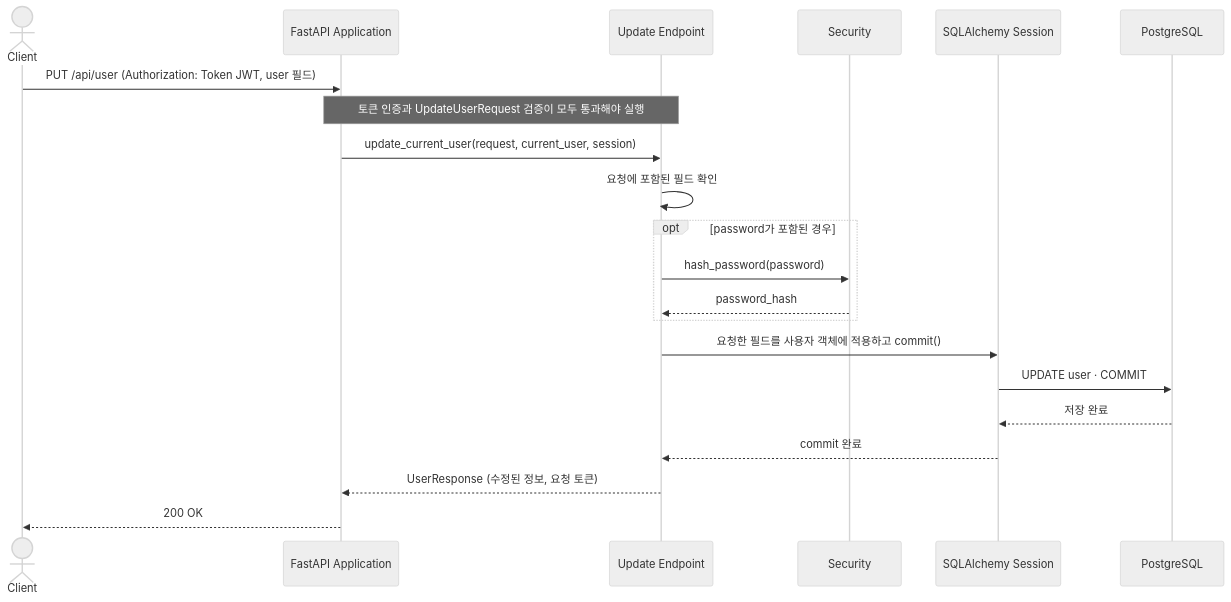
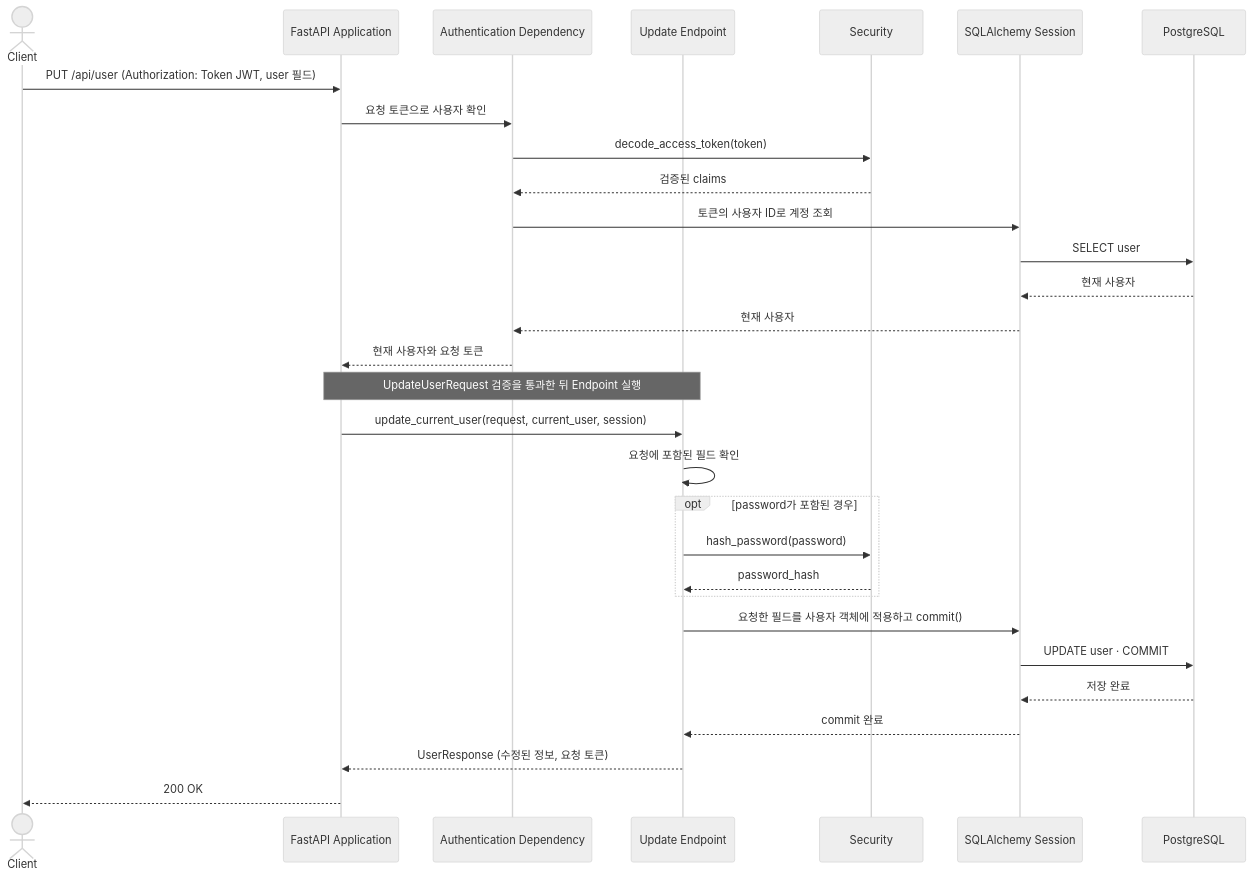
One commit to chahoseong/realworld-fastapi-backend changed the diagram in docs/architecture/flows/user-update.md. Above: the diagram before and after it, drawn with Mermaid (neutral theme). The commit also changed other lines of this file and 14 other files, not shown here.

First line of the commit message:
Refactor documentation for user flows: update public profile, user login, registration, retrieval, and update processes

````diff
--- a/docs/architecture/flows/user-update.md
+++ b/docs/architecture/flows/user-update.md
@@ -27,24 +21,33 @@
 ```mermaid
 sequenceDiagram
     actor Client
     participant App as FastAPI Application
+    participant Auth as Authentication Dependency
     participant Endpoint as Update Endpoint
     participant Security
     participant Session as SQLAlchemy Session
     participant Database as PostgreSQL
 
     Client->>App: PUT /api/user (Authorization: Token JWT, user 필드)
-    Note over App,Endpoint: 토큰 인증과 UpdateUserRequest 검증이 모두 통과해야 실행
+    App->>Auth: 요청 토큰으로 사용자 확인
+    Auth->>Security: decode_access_token(token)
+    Security-->>Auth: 검증된 claims
+    Auth->>Session: 토큰의 사용자 ID로 계정 조회
+    Session->>Database: SELECT user
+    Database-->>Session: 현재 사용자
+    Session-->>Auth: 현재 사용자
+    Auth-->>App: 현재 사용자와 요청 토큰
+    Note over App,Endpoint: UpdateUserRequest 검증을 통과한 뒤 Endpoint 실행
     App->>Endpoint: update_current_user(request, current_user, session)
     Endpoint->>Endpoint: 요청에 포함된 필드 확인
     opt password가 포함된 경우
         Endpoint->>Security: hash_password(password)
         Security-->>Endpoint: password_hash
     end
     Endpoint->>Session: 요청한 필드를 사용자 객체에 적용하고 commit()
     Session->>Database: UPDATE user · COMMIT
     Database-->>Session: 저장 완료
     Session-->>Endpoint: commit 완료
     Endpoint-->>App: UserResponse (수정된 정보, 요청 토큰)
     App-->>Client: 200 OK
 ```
````
